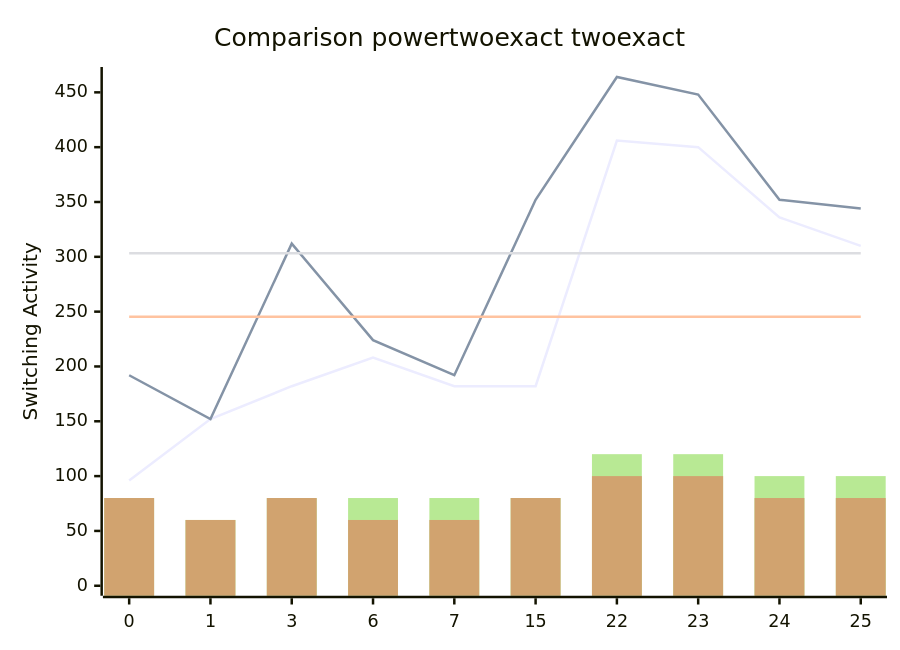
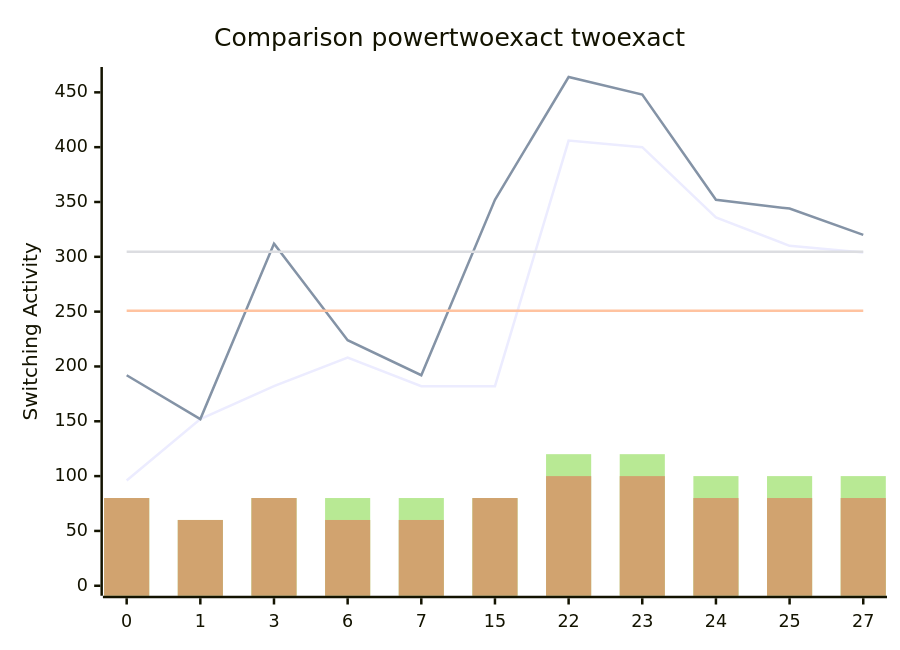
The diagram in benchmark.md (FeldmeierMichael/Exact-Power-Synthesis), drawn with Mermaid before and after one commit. The commit also changed other lines of this file and 2 other files, not shown here.

````diff
--- a/benchmark.md
+++ b/benchmark.md
@@ -25,12 +27,12 @@
 ```mermaid
 xychart-beta
     title "Comparison powertwoexact twoexact"
-    x-axis [0, 1, 3, 6, 7, 15, 22, 23, 24, 25]
+    x-axis [0, 1, 3, 6, 7, 15, 22, 23, 24, 25, 27]
     y-axis "Switching Activity" 0-->464
-    line [96, 152, 182, 208, 182, 182, 406, 400, 336, 310]
-    line [192, 152, 312, 224, 192, 352, 464, 448, 352, 344]
-    line [245.4, 245.4, 245.4, 245.4, 245.4, 245.4, 245.4, 245.4, 245.4, 245.4]
-    line [303.2, 303.2, 303.2, 303.2, 303.2, 303.2, 303.2, 303.2, 303.2, 303.2]
-    bar [80, 60, 80, 80, 80, 80, 120, 120, 100, 100]
-    bar [80, 60, 80, 60, 60, 80, 100, 100, 80, 80]
+    line [96, 152, 182, 208, 182, 182, 406, 400, 336, 310, 304]
+    line [192, 152, 312, 224, 192, 352, 464, 448, 352, 344, 320]
+    line [250.72727272727272, 250.72727272727272, 250.72727272727272, 250.72727272727272, 250.72727272727272, 250.72727272727272, 250.72727272727272, 250.72727272727272, 250.72727272727272, 250.72727272727272, 250.72727272727272]
+    line [304.72727272727275, 304.72727272727275, 304.72727272727275, 304.72727272727275, 304.72727272727275, 304.72727272727275, 304.72727272727275, 304.72727272727275, 304.72727272727275, 304.72727272727275, 304.72727272727275]
+    bar [80, 60, 80, 80, 80, 80, 120, 120, 100, 100, 100]
+    bar [80, 60, 80, 60, 60, 80, 100, 100, 80, 80, 80]
 ```
````
